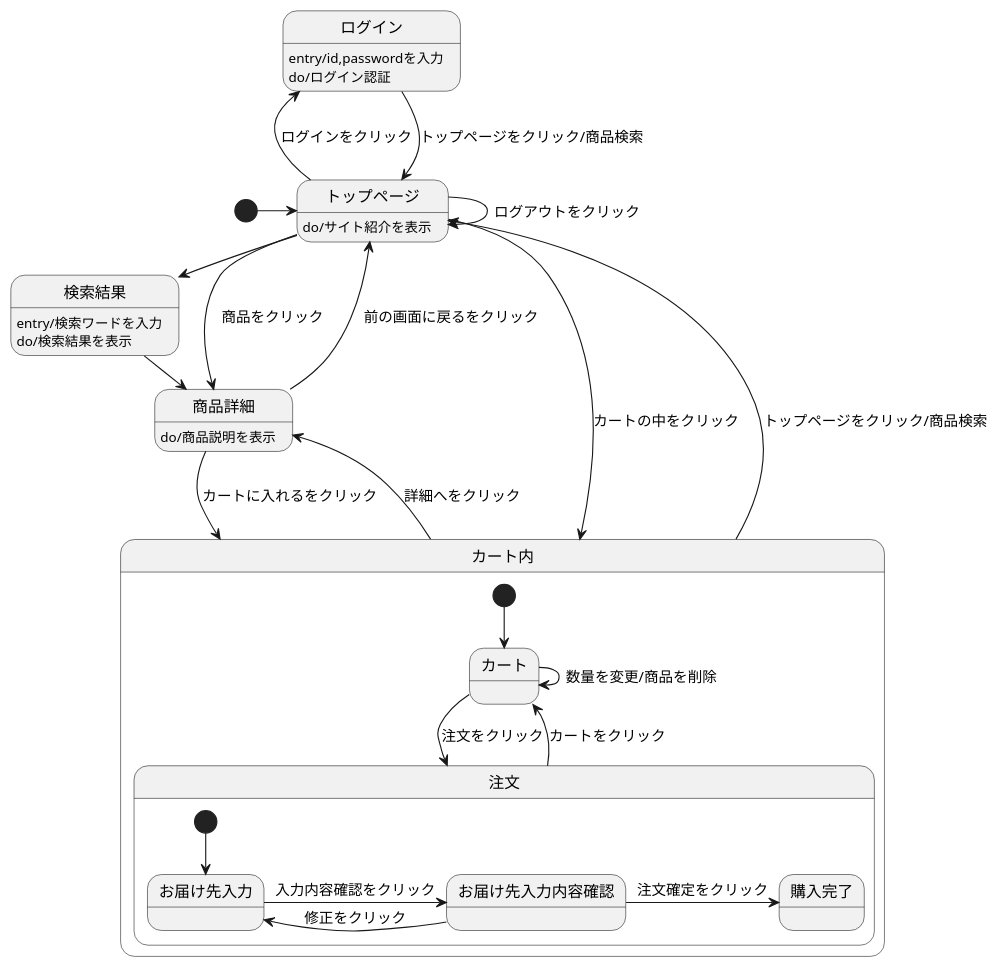
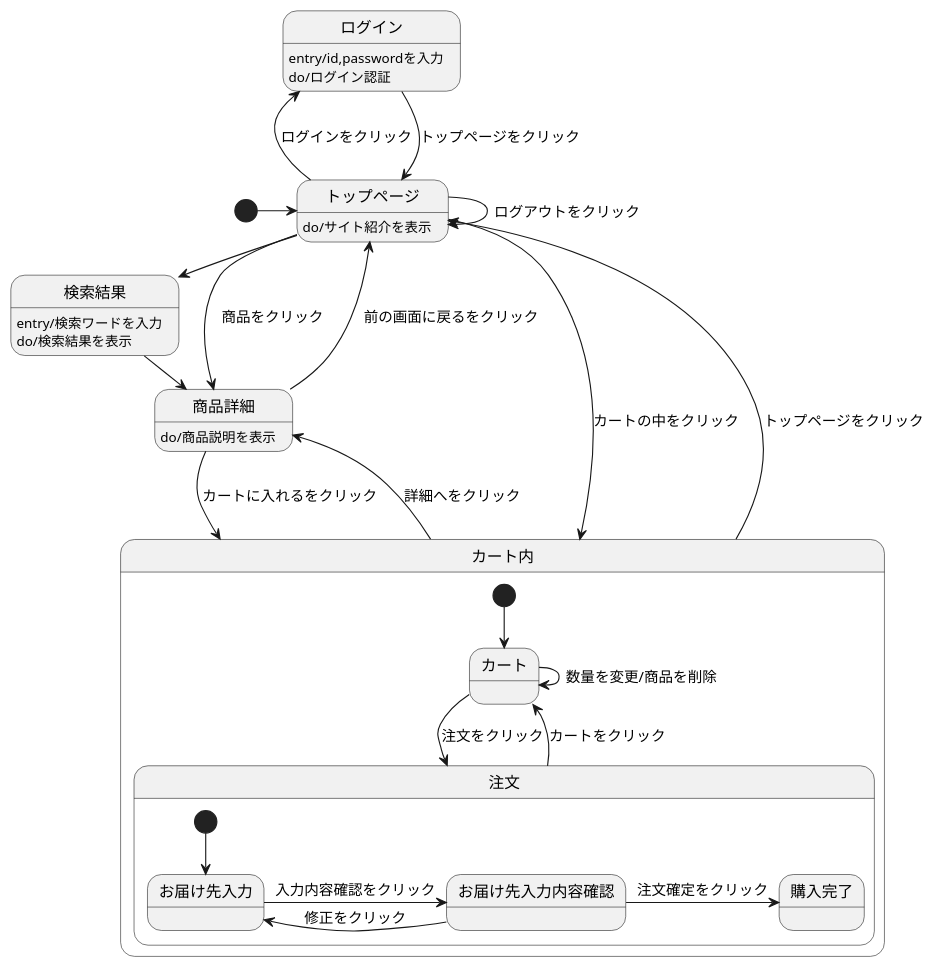
Before and after one commit to Aso2001369/2021sys-design: the diagram in src2/md/状態遷移図.md, drawn with PlantUML.

````diff
--- a/src2/md/状態遷移図.md
+++ b/src2/md/状態遷移図.md
@@ -1,36 +1,36 @@
 ```uml
 @startuml
 
 [*] -> トップページ
-ログイン --> トップページ : トップページをクリック/商品検索
+ログイン --> トップページ : トップページをクリック
 ログイン : entry/id,passwordを入力
 ログイン : do/ログイン認証
 トップページ --> トップページ : ログアウトをクリック
 トップページ -> 検索結果 : 商品検索
 トップページ -> 商品詳細 : 商品をクリック
 トップページ -left-> ログイン : ログインをクリック
 トップページ --> カート内 : カートの中をクリック
 トップページ : do/サイト紹介を表示
 検索結果 -> 商品詳細 : 商品をクリック
 検索結果 : entry/検索ワードを入力
 検索結果 : do/検索結果を表示
 商品詳細 --> カート内 : カートに入れるをクリック
 商品詳細 --> トップページ : 前の画面に戻るをクリック
 商品詳細 : do/商品説明を表示
-カート内 -up-> トップページ : トップページをクリック/商品検索
+カート内 -up-> トップページ : トップページをクリック
 カート内 -> 商品詳細 : 詳細へをクリック
 
 state カート内 {
   [*] --> カート
   カート -> 注文 : 注文をクリック
   カート -> カート : 数量を変更/商品を削除
   注文 --> カート : カートをクリック
   state 注文 {
     [*] --> お届け先入力
     お届け先入力 -> お届け先入力内容確認 : 入力内容確認をクリック
     お届け先入力内容確認 -> お届け先入力 : 修正をクリック
     お届け先入力内容確認 -> 購入完了 : 注文確定をクリック
   }
  }
 @enduml
 ```
````
